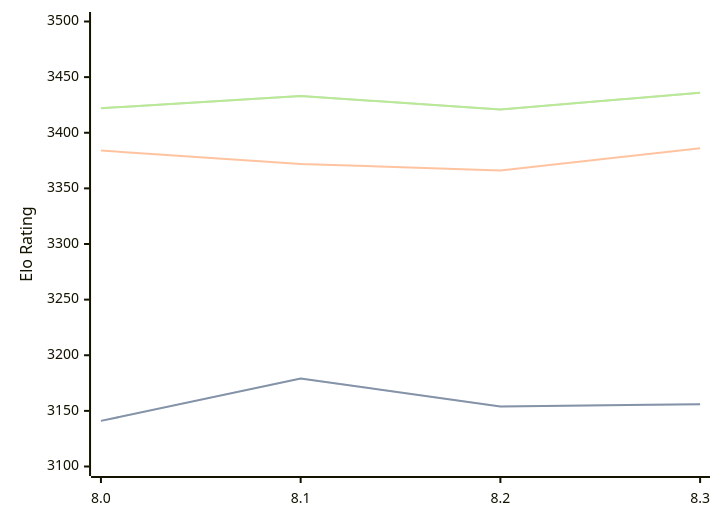
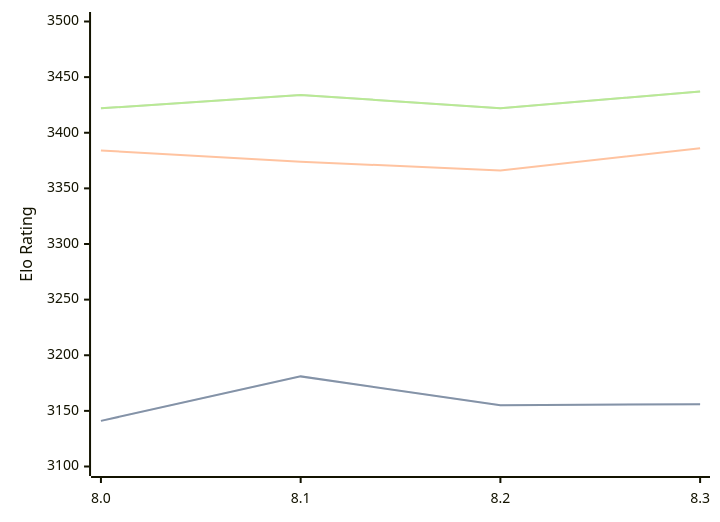
Before and after one commit to computer-chess-index/cci: the diagram in engines/Alexander.md, drawn with Mermaid. The commit also changed other lines of this file, not shown here.

Commit message:
Update CCI Ratings (ELO VLTC) - 2026-09-14

````diff
--- a/engines/Alexander.md
+++ b/engines/Alexander.md
@@ -34,11 +34,11 @@
 ```mermaid
 %%{init: {"theme":"base","themeVariables":{"seriesColors:['#a3a3a3','#222221','#faa371']}}}%%
 xychart-beta
   x-axis ["8.0", "8.1", "8.2", "8.3"]
   y-axis "Elo Rating" 3100 --> 3500
-  line "" [3141, 3179, 3154, 3156]
-  line "STC (8.0+0.08s)" [3141, 3179, 3154, 3156]
-  line "LTC (60.0+0.60s)" [3384, 3372, 3366, 3386]
-  line "" [3422, 3433, 3421, 3436]
-  line "VLTC (2m24s+1.12s)" [3422, 3433, 3421, 3436]
+  line "" [3141, 3181, 3155, 3156]
+  line "STC (8.0+0.08s)" [3141, 3181, 3155, 3156]
+  line "LTC (60.0+0.60s)" [3384, 3374, 3366, 3386]
+  line "" [3422, 3434, 3422, 3437]
+  line "VLTC (2m24s+1.12s)" [3422, 3434, 3422, 3437]
 ```
````
